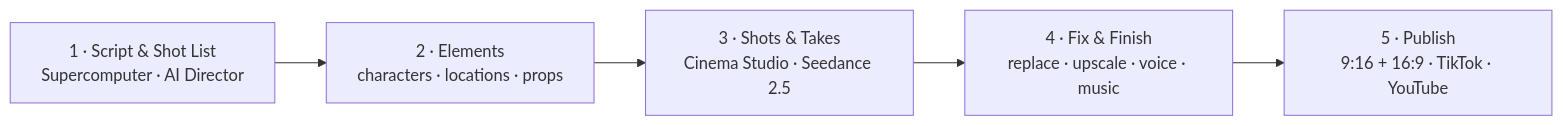
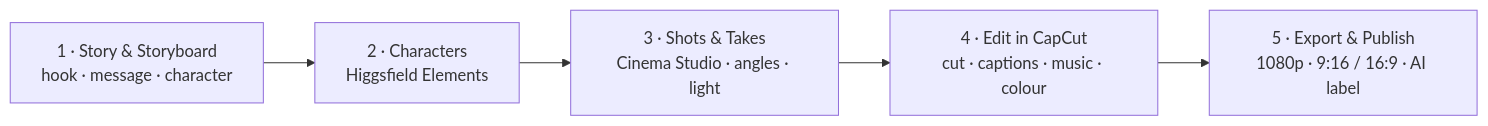
Before and after one commit to tertiarycourses/TGS-2024043855-Creating-Engaging-Videos-with-Generative-AI-GenAI: the diagram in README.md, drawn with Mermaid. The commit also changed other lines of this file and 130 other files, not shown here.

Commit message:
courseware v12: story, shoot, edit — three activities (storyboard, Higgsfield, CapCut), PP one screenshot per activity

````diff
--- a/README.md
+++ b/README.md
@@ -18,7 +18,7 @@
 ```mermaid
 flowchart LR
-    A["1 · Script & Shot List\nSupercomputer · AI Director"] --> B["2 · Elements\ncharacters · locations · props"]
-    B --> C["3 · Shots & Takes\nCinema Studio · Seedance 2.5"]
-    C --> D["4 · Fix & Finish\nreplace · upscale · voice · music"]
-    D --> E["5 · Publish\n9:16 + 16:9 · TikTok · YouTube"]
+    A["1 · Story & Storyboard\nhook · message · character"] --> B["2 · Characters\nHiggsfield Elements"]
+    B --> C["3 · Shots & Takes\nCinema Studio · angles · light"]
+    C --> D["4 · Edit in CapCut\ncut · captions · music · colour"]
+    D --> E["5 · Export & Publish\n1080p · 9:16 / 16:9 · AI label"]
 ```
````
